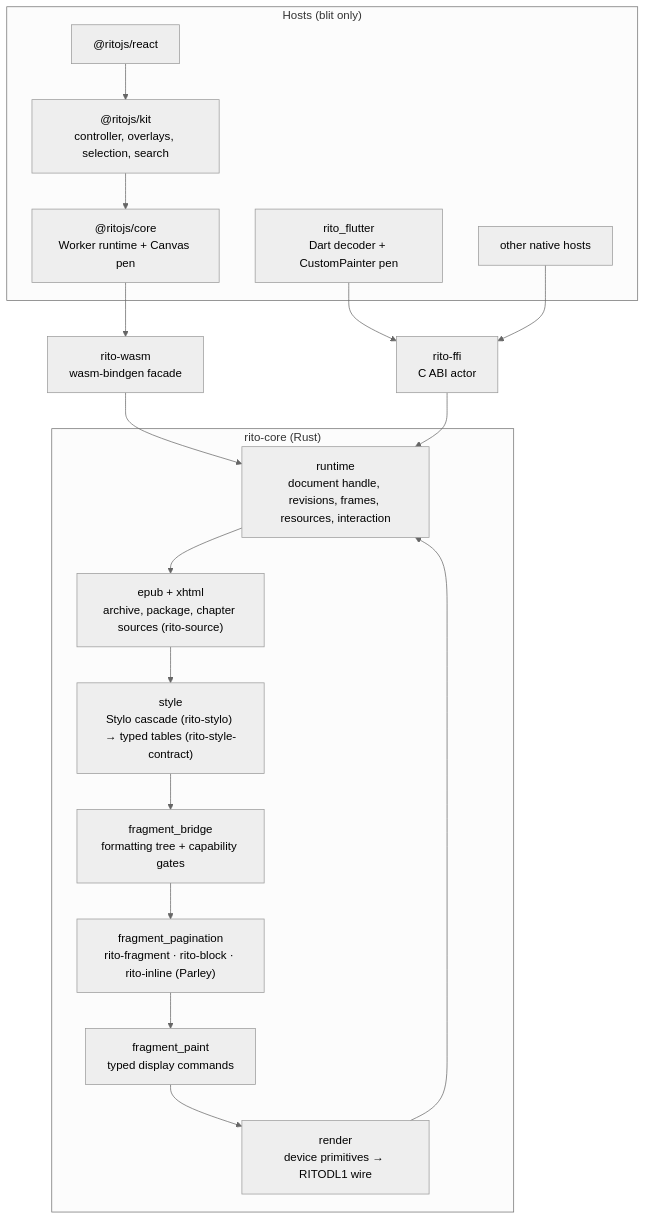
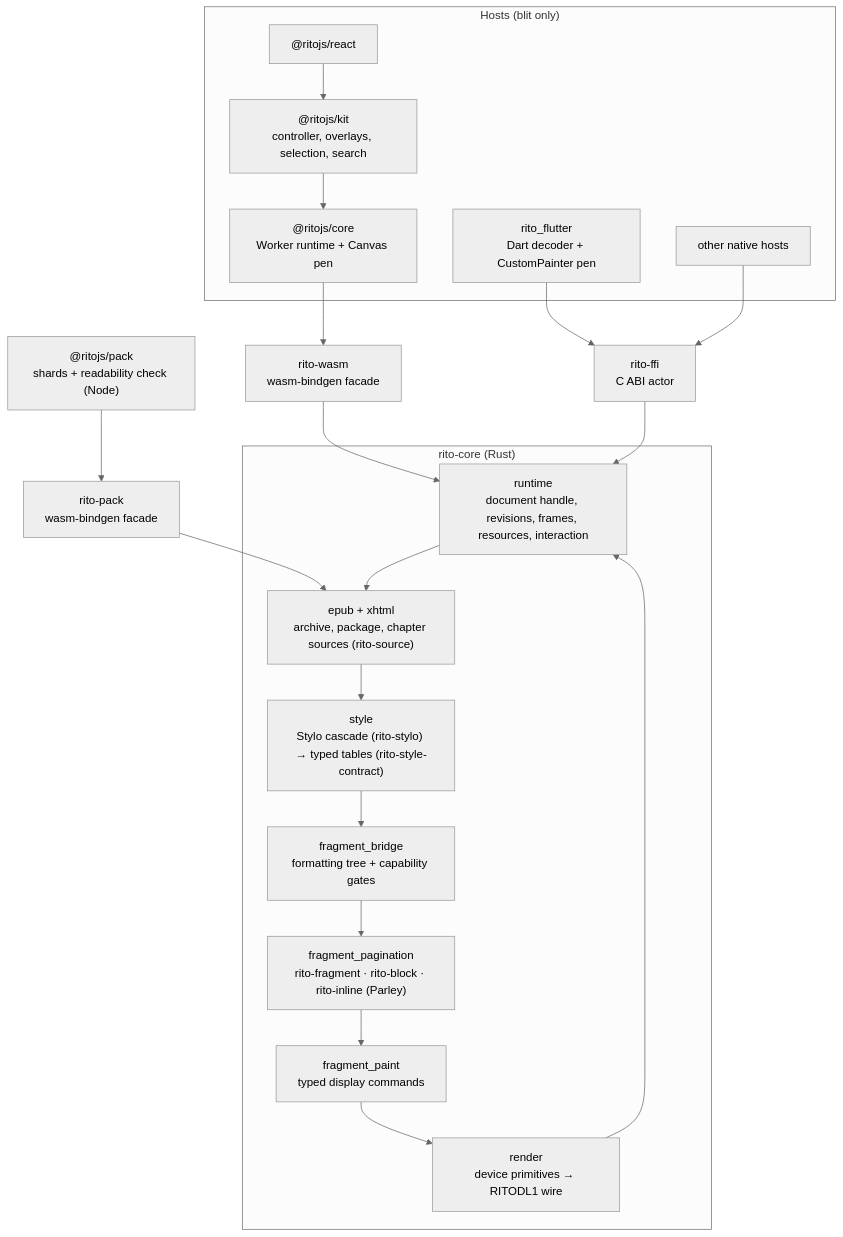
One commit to Ringyuki/Rito changed the diagram in README.md. Above: the diagram before and after it, drawn with Mermaid (neutral theme). The commit also changed other lines of this file and 10 other files, not shown here.

Commit message:
docs: shards are packed with @ritojs/pack - the sharded publications guide, the README, the docs index and the architecture map say how, the comments that named the Rust binary name the package, and the wasm session's comment no longer says chapters and fonts arrive in shards

````diff
--- a/README.md
+++ b/README.md
@@ -26,24 +28,26 @@
 ```mermaid
 flowchart TB
   subgraph hosts["Hosts (blit only)"]
     react["@ritojs/react"] --> kit["@ritojs/kit<br/>controller, overlays, selection, search"]
     kit --> core["@ritojs/core<br/>Worker runtime + Canvas pen"]
     flutter["rito_flutter<br/>Dart decoder + CustomPainter pen"]
     native["other native hosts"]
   end
+  server["@ritojs/pack<br/>shards + readability check (Node)"] --> packwasm["rito-pack<br/>wasm-bindgen facade"]
+  packwasm --> epub
   core --> wasm["rito-wasm<br/>wasm-bindgen facade"]
   flutter --> ffi["rito-ffi<br/>C ABI actor"]
   native --> ffi
   wasm --> runtime
   ffi --> runtime
   subgraph engine["rito-core (Rust)"]
     runtime["runtime<br/>document handle, revisions, frames, resources, interaction"]
     runtime --> epub["epub + xhtml<br/>archive, package, chapter sources (rito-source)"]
     epub --> cascade["style<br/>Stylo cascade (rito-stylo) → typed tables (rito-style-contract)"]
     cascade --> bridge["fragment_bridge<br/>formatting tree + capability gates"]
     bridge --> layout["fragment_pagination<br/>rito-fragment · rito-block · rito-inline (Parley)"]
     layout --> paint["fragment_paint<br/>typed display commands"]
     paint --> render["render<br/>device primitives → RITODL1 wire"]
     render --> runtime
   end
 ```
````
